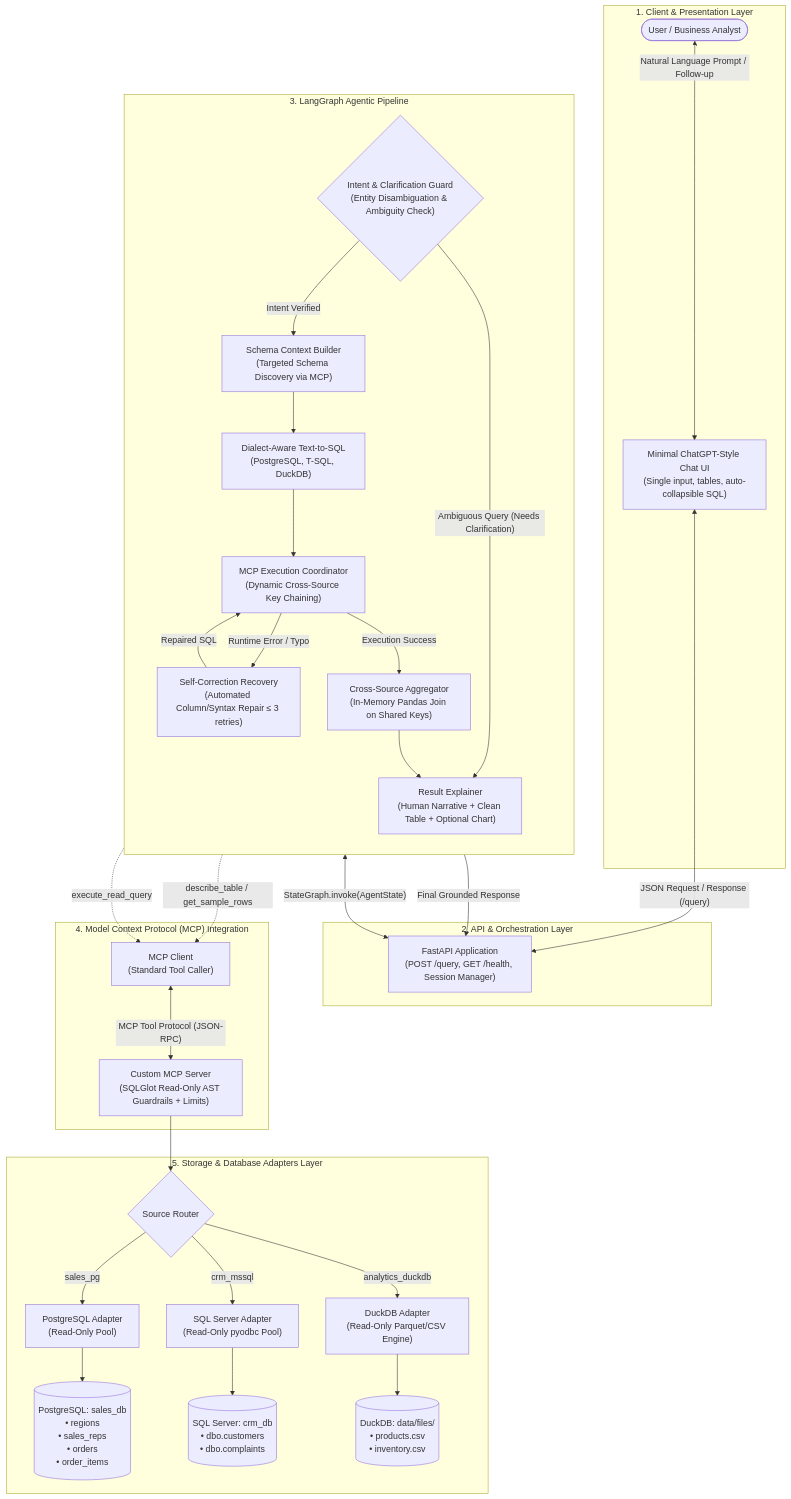
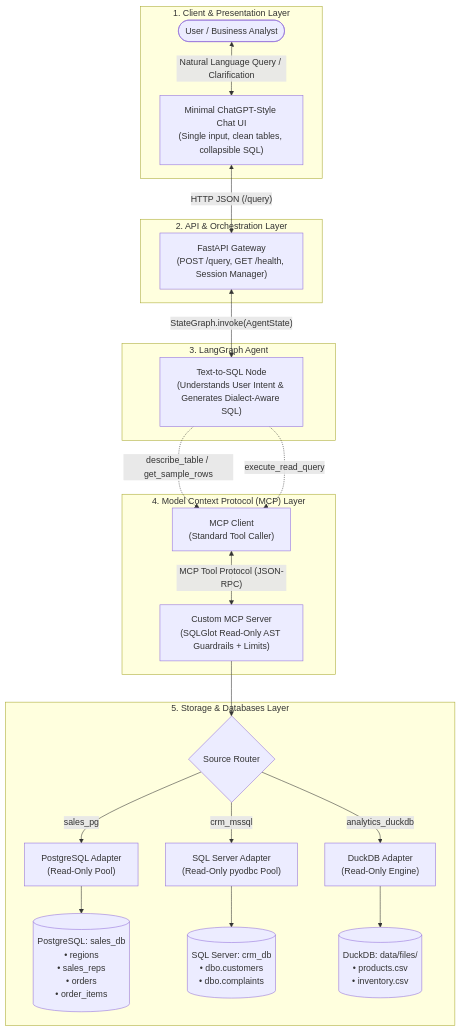
One commit to MrToshith/Multi-Source-Agentic-Text-to-SQL-with-MCP changed the diagram in README.md. Above: the diagram before and after it, drawn with Mermaid. The commit also changed other lines of this file and 1 other file, not shown here.

Commit message:
refactor: simplify LangGraph agent to single Text-to-SQL node and update architecture diagram

````diff
--- a/README.md
+++ b/README.md
@@ -15,65 +15,47 @@
 ```mermaid
 flowchart TD
     subgraph UI ["1. Client & Presentation Layer"]
         User(["User / Business Analyst"])
-        ChatUI["Minimal ChatGPT-Style Chat UI<br/>(Single input, tables, auto-collapsible SQL)"]
+        ChatUI["Minimal ChatGPT-Style Chat UI<br/>(Single input, clean tables, collapsible SQL)"]
     end
 
     subgraph API ["2. API & Orchestration Layer"]
-        FastAPI["FastAPI Application<br/>(POST /query, GET /health, Session Manager)"]
+        FastAPI["FastAPI Gateway<br/>(POST /query, GET /health, Session Manager)"]
     end
 
-    subgraph Agent ["3. LangGraph Agentic Pipeline"]
-        direction TB
-        Guard{"Intent & Clarification Guard<br/>(Entity Disambiguation & Ambiguity Check)"}
-        Context["Schema Context Builder<br/>(Targeted Schema Discovery via MCP)"]
-        Text2SQL["Dialect-Aware Text-to-SQL<br/>(PostgreSQL, T-SQL, DuckDB)"]
-        Execution["MCP Execution Coordinator<br/>(Dynamic Cross-Source Key Chaining)"]
-        Recovery["Self-Correction Recovery<br/>(Automated Column/Syntax Repair &le; 3 retries)"]
-        Aggregator["Cross-Source Aggregator<br/>(In-Memory Pandas Join on Shared Keys)"]
-        Explainer["Result Explainer<br/>(Human Narrative + Clean Table + Optional Chart)"]
+    subgraph Agent ["3. LangGraph Agent"]
+        Text2SQL["Text-to-SQL Node<br/>(Understands User Intent & Generates Dialect-Aware SQL)"]
     end
 
-    subgraph MCP ["4. Model Context Protocol (MCP) Integration"]
+    subgraph MCP ["4. Model Context Protocol (MCP) Layer"]
         MCPClient["MCP Client<br/>(Standard Tool Caller)"]
         MCPServer["Custom MCP Server<br/>(SQLGlot Read-Only AST Guardrails + Limits)"]
     end
 
-    subgraph Storage ["5. Storage & Database Adapters Layer"]
+    subgraph Storage ["5. Storage & Databases Layer"]
         Router{"Source Router"}
         PGAdapter["PostgreSQL Adapter<br/>(Read-Only Pool)"]
         MSSQLAdapter["SQL Server Adapter<br/>(Read-Only pyodbc Pool)"]
-        DuckDBAdapter["DuckDB Adapter<br/>(Read-Only Parquet/CSV Engine)"]
+        DuckDBAdapter["DuckDB Adapter<br/>(Read-Only Engine)"]
 
         PGDB[("PostgreSQL: sales_db<br/>• regions<br/>• sales_reps<br/>• orders<br/>• order_items")]
         MSSQLDB[("SQL Server: crm_db<br/>• dbo.customers<br/>• dbo.complaints")]
         DuckDB[("DuckDB: data/files/<br/>• products.csv<br/>• inventory.csv")]
     end
 
     %% Client / API Flow
-    User <-->|"Natural Language Prompt / Follow-up"| ChatUI
-    ChatUI <-->|"JSON Request / Response (/query)"| FastAPI
-    FastAPI <-->|"StateGraph.invoke(AgentState)"| Guard
+    User <-->|"Natural Language Query / Clarification"| ChatUI
+    ChatUI <-->|"HTTP JSON (/query)"| FastAPI
+    FastAPI <-->|"StateGraph.invoke(AgentState)"| Text2SQL
 
-    %% Agent State Flow
-    Guard -->|"Ambiguous Query (Needs Clarification)"| Explainer
-    Guard -->|"Intent Verified"| Context
-    Context --> Text2SQL
-    Text2SQL --> Execution
-    Execution -->|"Runtime Error / Typo"| Recovery
-    Recovery -->|"Repaired SQL"| Execution
-    Execution -->|"Execution Success"| Aggregator
-    Aggregator --> Explainer
-    Explainer -->|"Final Grounded Response"| FastAPI
-
-    %% MCP Tool Invocations
-    Context -.->|"describe_table / get_sample_rows"| MCPClient
-    Execution -.->|"execute_read_query"| MCPClient
+    %% Agent to MCP Tool Invocations
+    Text2SQL -.->|"describe_table / get_sample_rows"| MCPClient
+    Text2SQL -.->|"execute_read_query"| MCPClient
     MCPClient <-->|"MCP Tool Protocol (JSON-RPC)"| MCPServer
     MCPServer --> Router
 
     %% Database Routing
     Router -->|"sales_pg"| PGAdapter --> PGDB
     Router -->|"crm_mssql"| MSSQLAdapter --> MSSQLDB
     Router -->|"analytics_duckdb"| DuckDBAdapter --> DuckDB
 ```
````
